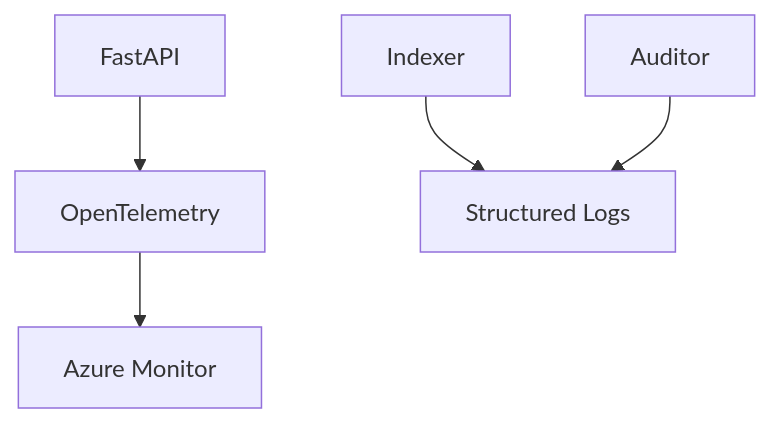
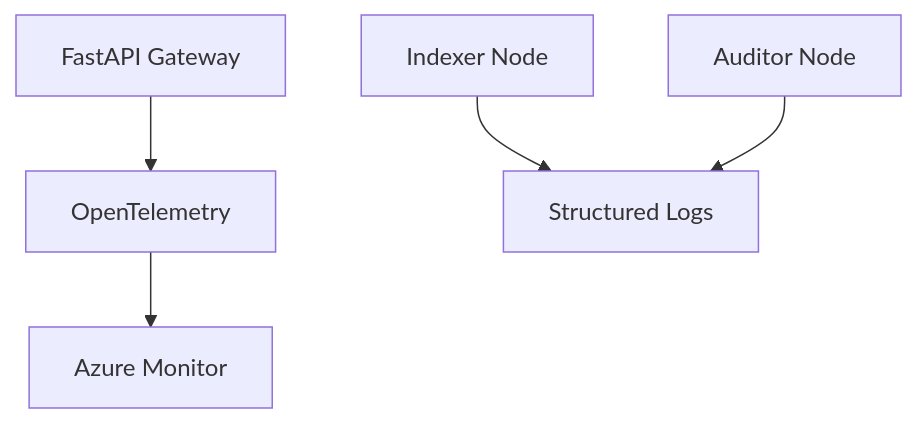
Before and after one commit to duyilemi/video_audit_ai: the fifth of 5 diagrams in README.md, drawn with Mermaid. The commit also changed other lines of this file, not shown here.

````diff
--- a/README.md
+++ b/README.md
@@ -77,7 +78,8 @@
 ```mermaid
 graph TB
-FastAPI --> Telemetry[OpenTelemetry]
+FastAPINode[FastAPI Gateway] --> Telemetry[OpenTelemetry]
 Telemetry --> Monitor[Azure Monitor]
-Indexer --> Logs[Structured Logs]
-Auditor --> Logs
+
+IndexerNode[Indexer Node] --> Logs[Structured Logs]
+AuditorNode[Auditor Node] --> Logs
 ```
````
